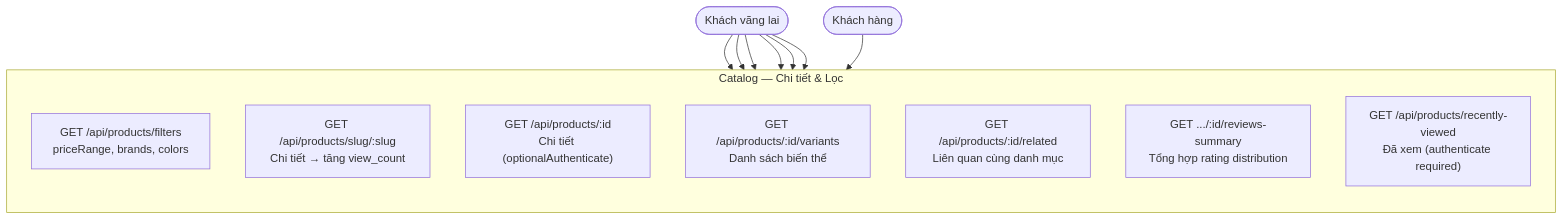
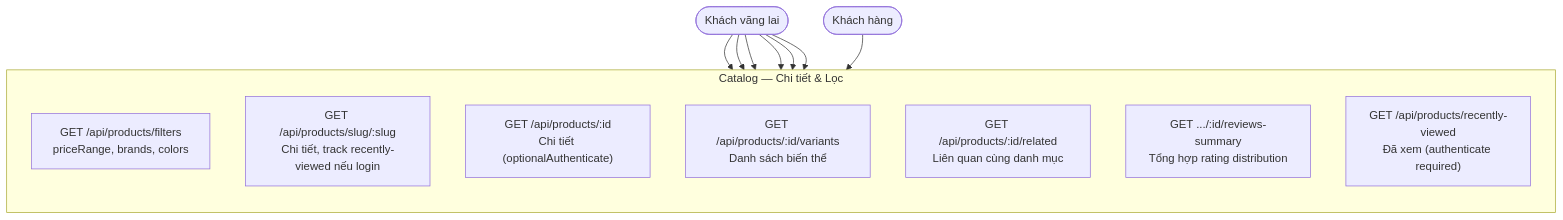
The seventh of 47 diagrams in DIAGRAMS.md (MinhThang1009/E-commerce-website), drawn with Mermaid before and after one commit. The commit also changed other lines of this file, not shown here.

First line of the commit message:
docs(diagrams): sửa §2/§7/§8 khớp code sau audit per-element

````diff
--- a/DIAGRAMS.md
+++ b/DIAGRAMS.md
@@ -226,24 +226,24 @@
 ```mermaid
 flowchart TB
     Guest(["Khách vãng lai"])
     Customer(["Khách hàng"])
 
     subgraph DETAIL["Catalog — Chi tiết & Lọc"]
         direction TB
         B1["GET /api/products/filters<br/>priceRange, brands, colors"]
-        B2["GET /api/products/slug/:slug<br/>Chi tiết → tăng view_count"]
+        B2["GET /api/products/slug/:slug<br/>Chi tiết, track recently-viewed nếu login"]
         B3["GET /api/products/:id<br/>Chi tiết (optionalAuthenticate)"]
         B4["GET /api/products/:id/variants<br/>Danh sách biến thể"]
         B5["GET /api/products/:id/related<br/>Liên quan cùng danh mục"]
         B6["GET .../:id/reviews-summary<br/>Tổng hợp rating distribution"]
         B7["GET /api/products/recently-viewed<br/>Đã xem (authenticate required)"]
     end
 
     Guest --> B1
     Guest --> B2
     Guest --> B3
     Guest --> B4
     Guest --> B5
     Guest --> B6
     Customer --> B7
 ```
````
